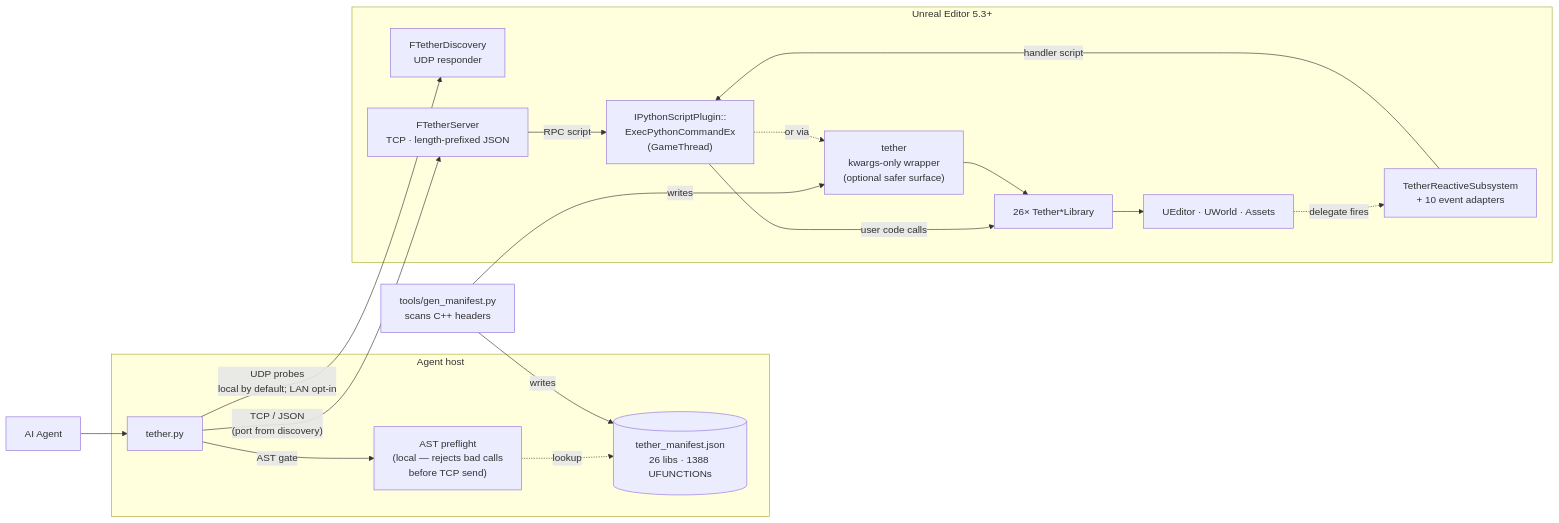
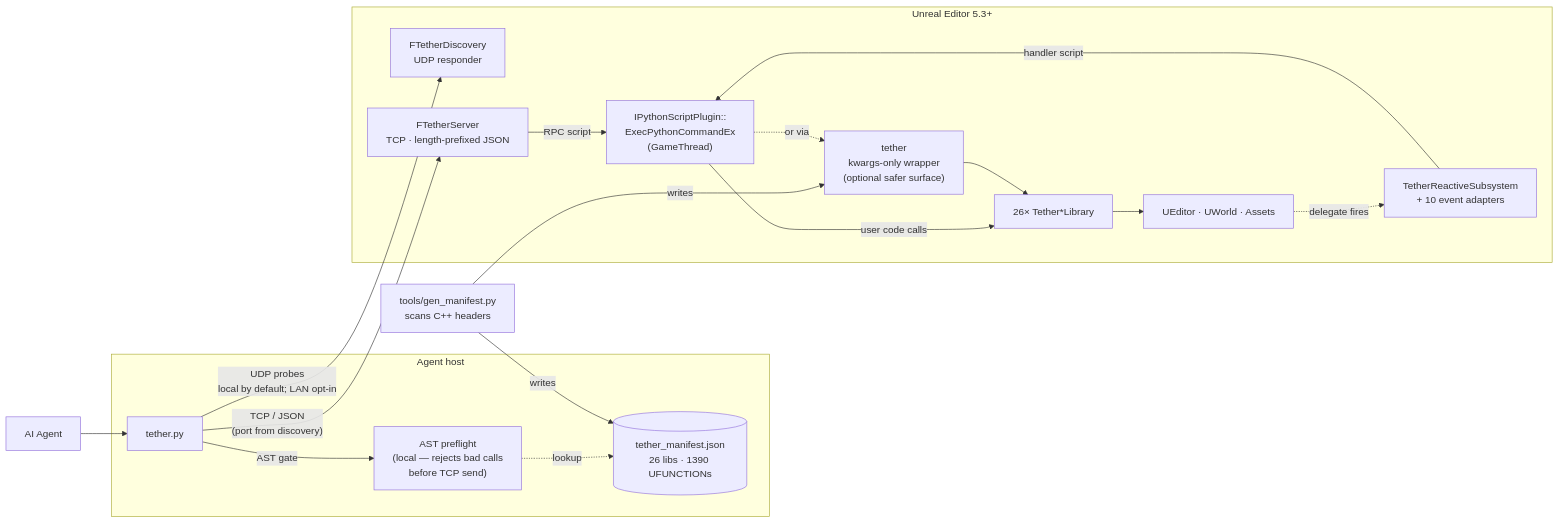
The diagram in README.md (EmberVers/Tether), drawn with Mermaid before and after one commit. The commit also changed other lines of this file and 6 other files, not shown here.

````diff
--- a/README.md
+++ b/README.md
@@ -45,40 +45,40 @@
 ```mermaid
 flowchart LR
     Agent["AI Agent"]
 
     subgraph Host["Agent host"]
       CLI["tether.py"]
       Pre["AST preflight<br/>(local — rejects bad calls<br/>before TCP send)"]
-      Mani[("tether_manifest.json<br/>26 libs · 1388 UFUNCTIONs")]
+      Mani[("tether_manifest.json<br/>26 libs · 1390 UFUNCTIONs")]
     end
 
     Gen["tools/gen_manifest.py<br/>scans C++ headers"]
 
     subgraph UE["Unreal Editor 5.3+"]
       Disc["FTetherDiscovery<br/>UDP responder"]
       Server["FTetherServer<br/>TCP · length-prefixed JSON"]
       Reactive["TetherReactiveSubsystem<br/>+ 10 event adapters"]
       Exec["IPythonScriptPlugin::<br/>ExecPythonCommandEx<br/>(GameThread)"]
       Wrap["tether<br/>kwargs-only wrapper<br/>(optional safer surface)"]
       Libs["26× Tether*Library"]
       Engine["UEditor · UWorld · Assets"]
     end
 
     Agent --> CLI
     CLI -- "AST gate" --> Pre
     Pre -. "lookup" .-> Mani
 
     Gen -- "writes" --> Mani
     Gen -- "writes" --> Wrap
 
     CLI -- "UDP probes<br/>local by default; LAN opt-in" --> Disc
     CLI -- "TCP / JSON<br/>(port from discovery)" --> Server
     Server -- "RPC script" --> Exec
     Engine -. "delegate fires" .-> Reactive
     Reactive -- "handler script" --> Exec
 
     Exec -- "user code calls" --> Libs
     Exec -. "or via" .-> Wrap
     Wrap --> Libs
     Libs --> Engine
 ```
````
